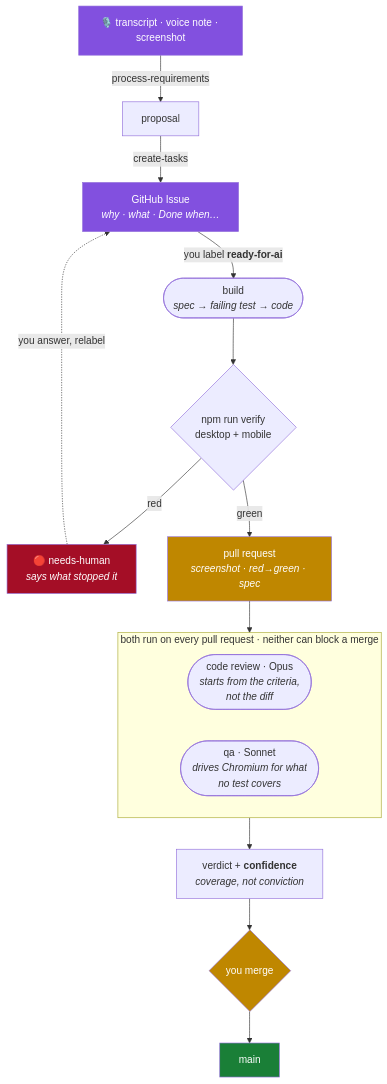
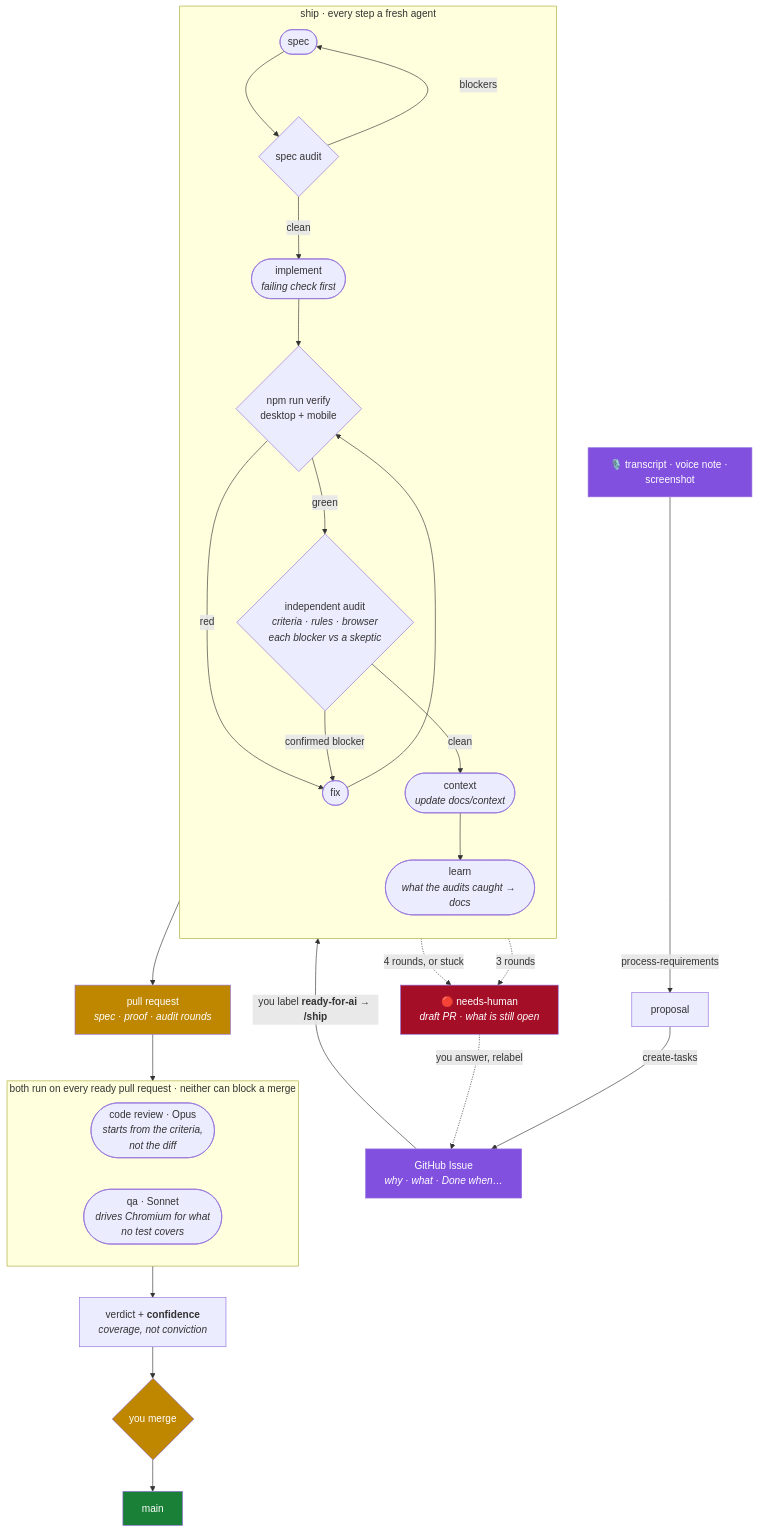
One commit to EqualExperts/nam-2026-conference changed the first of 2 diagrams in README.md. Above: the diagram before and after it, drawn with Mermaid. The commit also changed other lines of this file, not shown here.

Commit message:
docs(readme): draw the pipeline as the ship loop it now is
The diagram showed one build step and a single green gate, which is no
longer what a labelled issue goes through.

````diff
--- a/README.md
+++ b/README.md
@@ -21,38 +21,51 @@
 ```mermaid
 flowchart TB
     V["🎙️ transcript · voice note · screenshot"]
     P["proposal"]
     I["GitHub Issue<br/><i>why · what · Done when…</i>"]
-    B(["build<br/><i>spec → failing test → code</i>"])
-    G{"npm run verify<br/>desktop + mobile"}
-    NH["🔴 needs-human<br/><i>says what stopped it</i>"]
-    PR["pull request<br/><i>screenshot · red→green · spec</i>"]
+    NH["🔴 needs-human<br/><i>draft PR · what is still open</i>"]
+    PR["pull request<br/><i>spec · proof · audit rounds</i>"]
     V2["verdict + <b>confidence</b><br/><i>coverage, not conviction</i>"]
     H{"you merge"}
     M["main"]
 
     V -->|process-requirements| P
     P -->|create-tasks| I
-    I -->|"you label <b>ready-for-ai</b>"| B
-    B --> G
-    G -->|red| NH
+    I -->|"you label <b>ready-for-ai</b> → <b>/ship</b>"| SP
+
+    subgraph ship["ship · every step a fresh agent"]
+        direction TB
+        SP(["spec"]) --> SA{"spec audit"}
+        SA -->|blockers| SP
+        SA -->|clean| IM(["implement<br/><i>failing check first</i>"])
+        IM --> VF{"npm run verify<br/>desktop + mobile"}
+        VF -->|green| CA{"independent audit<br/><i>criteria · rules · browser<br/>each blocker vs a skeptic</i>"}
+        VF -->|red| FX(["fix"])
+        CA -->|confirmed blocker| FX
+        FX --> VF
+        CA -->|clean| CX(["context<br/><i>update docs/context</i>"])
+        CX --> LN(["learn<br/><i>what the audits caught → docs</i>"])
+    end
+
+    SA -.->|3 rounds| NH
+    FX -.->|"4 rounds, or stuck"| NH
     NH -.->|you answer, relabel| I
-    G -->|green| PR
+    LN --> PR
     PR --> gates
     gates --> V2
     V2 --> H
     H --> M
 
-    subgraph gates["both run on every pull request · neither can block a merge"]
+    subgraph gates["both run on every ready pull request · neither can block a merge"]
         direction LR
         CR(["code review · Opus<br/><i>starts from the criteria,<br/>not the diff</i>"])
         QA(["qa · Sonnet<br/><i>drives Chromium for what<br/>no test covers</i>"])
     end
 
     style V fill:#8250DF,color:#fff
     style I fill:#8250DF,color:#fff
     style NH fill:#A40E26,color:#fff
     style PR fill:#BF8700,color:#fff
     style H fill:#BF8700,color:#fff
     style M fill:#1A7F37,color:#fff
 ```
````
